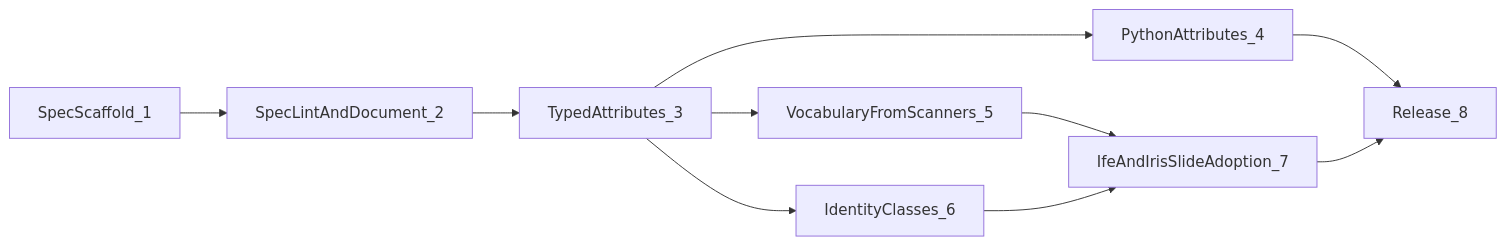
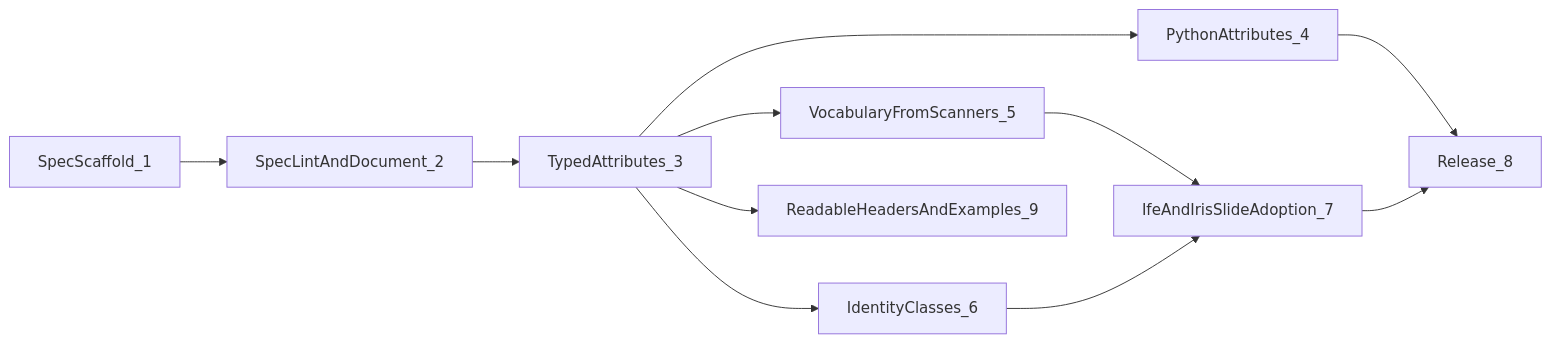
One commit to Aptix-Bio/Iris-Interoperability-Specification changed the diagram in development/WBS.md. Above: the diagram before and after it, drawn with Mermaid. The commit also changed other lines of this file and 16 other files, not shown here.

````diff
--- a/development/WBS.md
+++ b/development/WBS.md
@@ -30,12 +30,13 @@
 ```mermaid
 flowchart LR
     S1["SpecScaffold_1"] --> S2["SpecLintAndDocument_2"]
     S2 --> S3["TypedAttributes_3"]
     S3 --> S4["PythonAttributes_4"]
     S3 --> S5["VocabularyFromScanners_5"]
     S3 --> S6["IdentityClasses_6"]
+    S3 --> S9["ReadableHeadersAndExamples_9"]
     S5 --> S7["IfeAndIrisSlideAdoption_7"]
     S6 --> S7
     S4 --> S8["Release_8"]
     S7 --> S8
 ```
````
